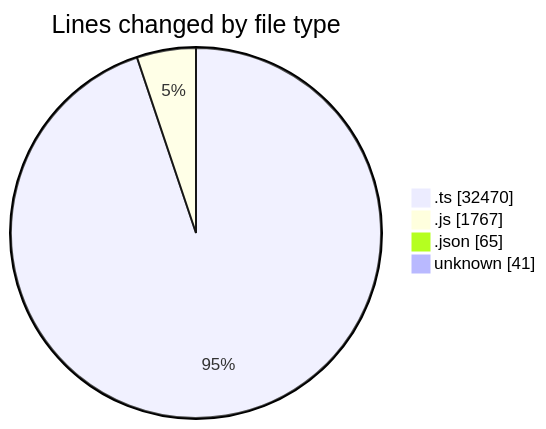
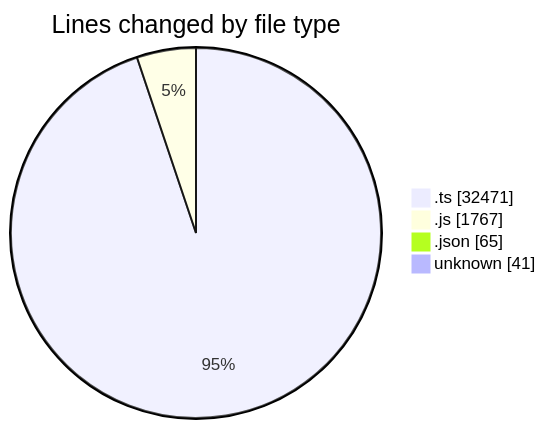
Before and after one commit to momahboobian/code-tracking: the first of 2 diagrams in 2025-07-31/cda/README.md, drawn with Mermaid. The commit also changed other lines of this file and 1 other file, not shown here.

````diff
--- a/2025-07-31/cda/README.md
+++ b/2025-07-31/cda/README.md
@@ -29,8 +29,8 @@
 ```mermaid
 pie showData
 title Lines changed by file type
-".ts" : 32470
+".ts" : 32471
 ".js" : 1767
 ".json" : 65
 "unknown" : 41
 ```
````
